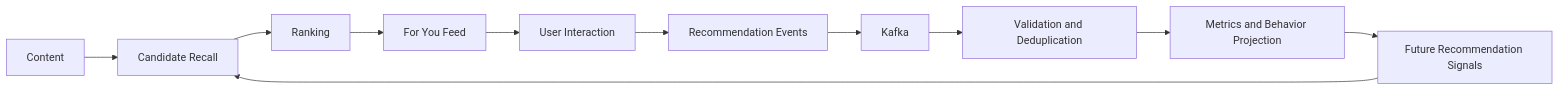
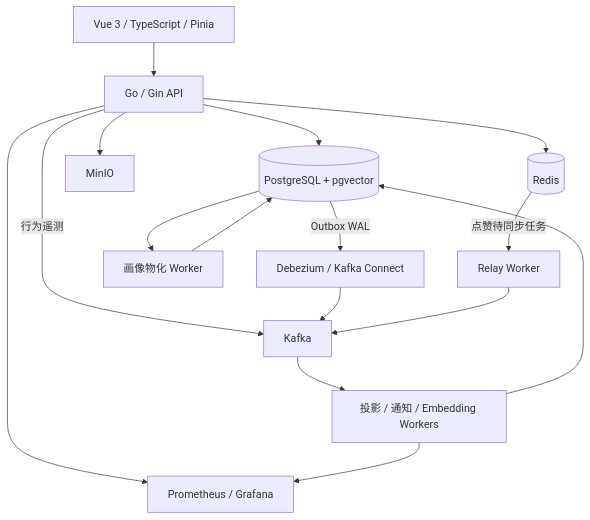
The second of 2 diagrams in README.md (cc483858939-ops/exchange-platform), drawn with Mermaid before and after one commit. The commit also changed other lines of this file, not shown here.

Commit message:
Rewrite README with architecture, features, setup, and validation guide

````diff
--- a/README.md
+++ b/README.md
@@ -55,13 +112,18 @@
 ```mermaid
-flowchart LR
-    A[Content] --> B[Candidate Recall]
-    B --> C[Ranking]
-    C --> D[For You Feed]
-    D --> E[User Interaction]
-    E --> F[Recommendation Events]
-    F --> G[Kafka]
-    G --> H[Validation and Deduplication]
-    H --> I[Metrics and Behavior Projection]
-    I --> J[Future Recommendation Signals]
-    J --> B
+flowchart TD
+    UI[Vue 3 / TypeScript / Pinia] --> API[Go / Gin API]
+    API --> PG[(PostgreSQL + pgvector)]
+    API --> RD[(Redis)]
+    API --> OBJ[MinIO]
+    API -->|行为遥测| K[Kafka]
+    PG -->|Outbox WAL| CDC[Debezium / Kafka Connect]
+    CDC --> K
+    RD -->|点赞待同步任务| RELAY[Relay Worker]
+    RELAY --> K
+    K --> W[投影 / 通知 / Embedding Workers]
+    W --> PG
+    PG --> PROFILE[画像物化 Worker]
+    PROFILE --> PG
+    API --> MET[Prometheus / Grafana]
+    W --> MET
 ```
````
